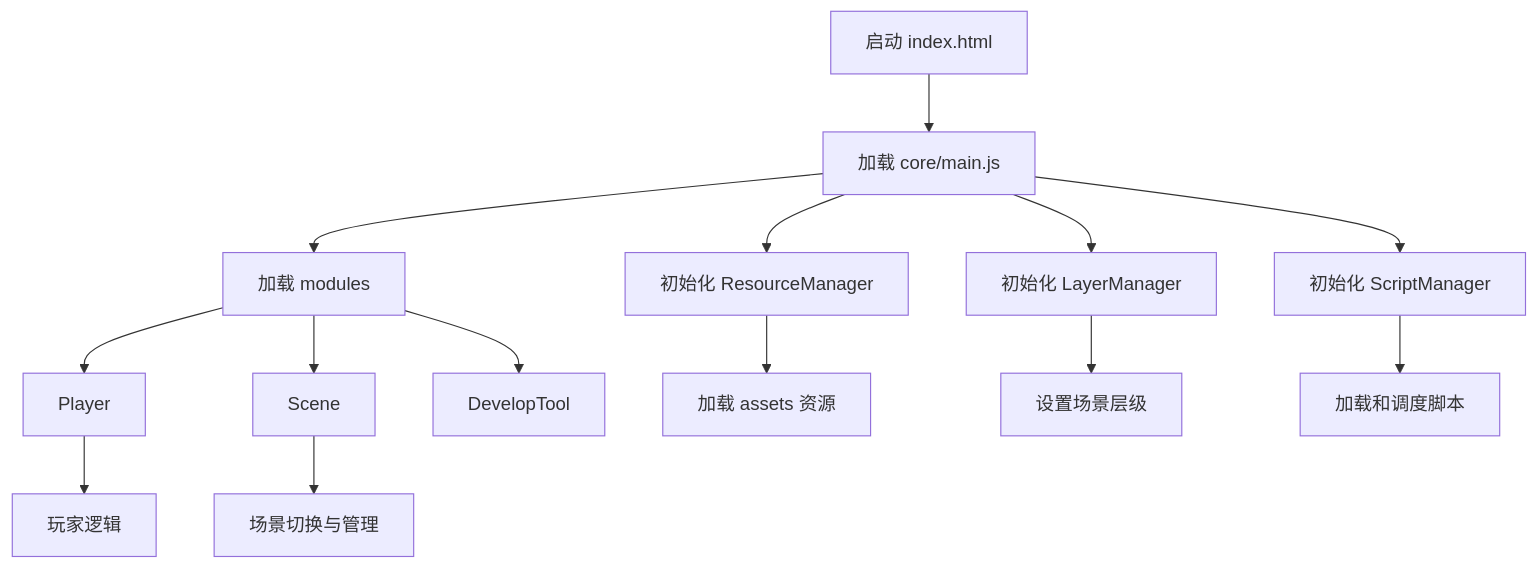
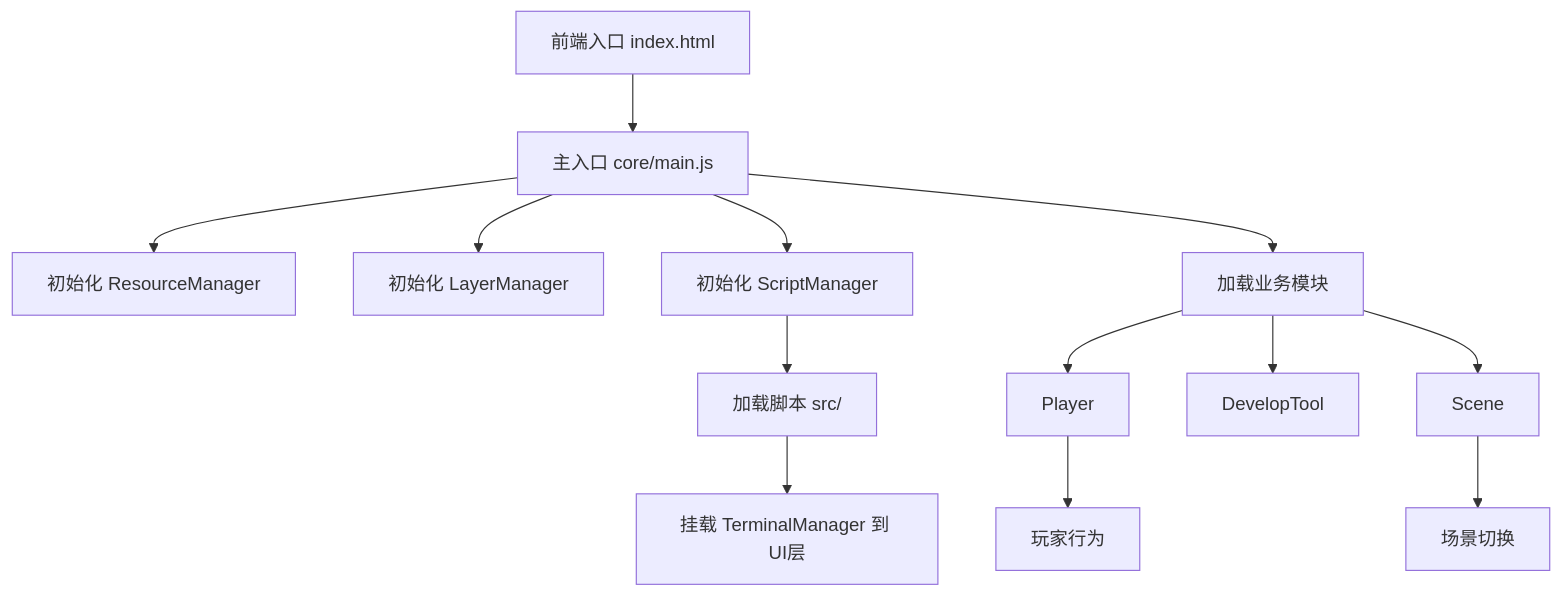
Before and after one commit to yht0511/Terminus: the second of 2 diagrams in CODE_ARCHITECTURE.md, drawn with Mermaid. The commit also changed other lines of this file and 10 other files, not shown here.

````diff
--- a/CODE_ARCHITECTURE.md
+++ b/CODE_ARCHITECTURE.md
@@ -81,16 +113,15 @@
 ```mermaid
 graph TD
-    A[启动 index.html] --> B[加载 core/main.js]
+    A[前端入口 index.html] --> B[主入口 core/main.js]
     B --> C[初始化 ResourceManager]
     B --> D[初始化 LayerManager]
     B --> E[初始化 ScriptManager]
-    B --> F[加载 modules]
+    B --> F[加载业务模块]
     F --> G[Player]
     F --> H[Scene]
     F --> I[DevelopTool]
-    C --> J[加载 assets 资源]
-    D --> K[设置场景层级]
-    E --> L[加载和调度脚本]
-    G --> M[玩家逻辑]
-    H --> N[场景切换与管理]
+    E --> J[加载脚本 src/]
+    J --> K[挂载 TerminalManager 到 UI层]
+    G --> L[玩家行为]
+    H --> M[场景切换]
 ```
````
